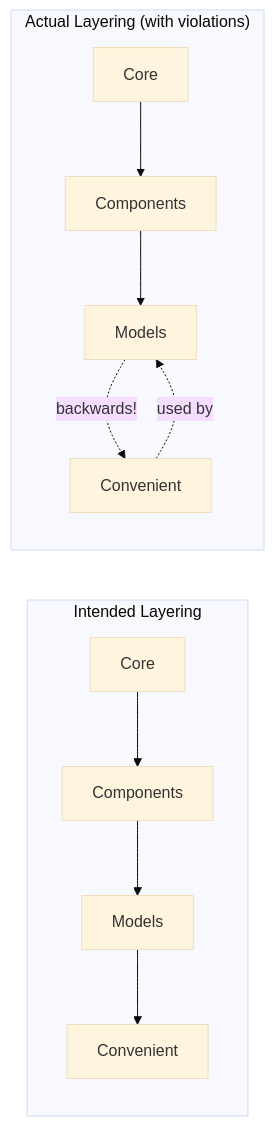
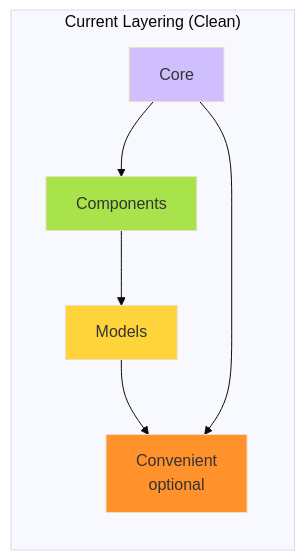
Before and after one commit to algorithmx/gnn_pde_v2: the second of 10 diagrams in docs/architecture-dependencies.md, drawn with Mermaid (base theme). The commit also changed other lines of this file and 10 other files, not shown here.

````diff
--- a/docs/architecture-dependencies.md
+++ b/docs/architecture-dependencies.md
@@ -147,15 +144,14 @@
 ```mermaid
 graph LR
-    subgraph "Intended Layering"
+    subgraph "Current Layering (Clean)"
         direction TB
-        C1[Core] --> C2[Components] --> C3[Models] --> C4[Convenient]
+        C1[Core] --> C2[Components] --> C3[Models]
+        C3 --> C4[Convenient<br/>optional]
+        C1 --> C4
     end
 
-    subgraph "Actual Layering (with violations)"
-        direction TB
-        A1[Core] --> A2[Components]
-        A2 --> A3[Models]
-        A3 -.->|backwards!| A4[Convenient]
-        A4 -.->|used by| A3
-    end
+    style C1 fill:#d0bfff
+    style C2 fill:#a9e34b
+    style C3 fill:#ffd43b
+    style C4 fill:#ff922b
 ```
````
